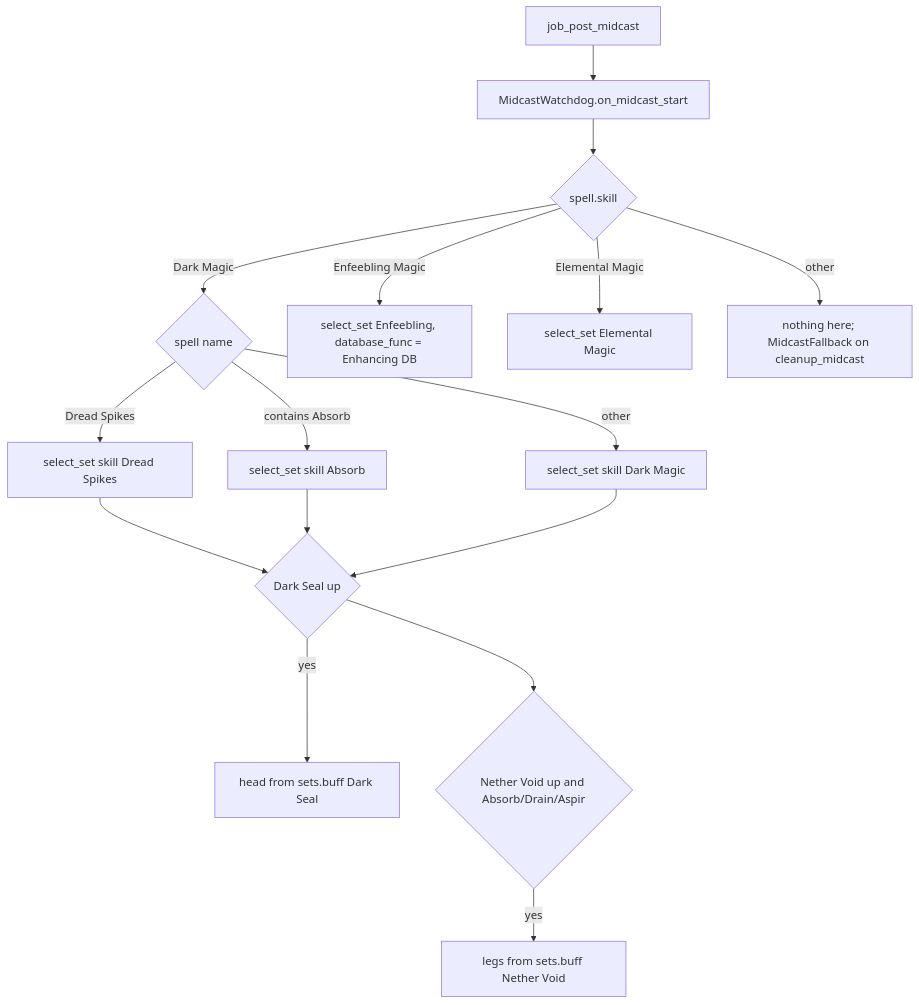
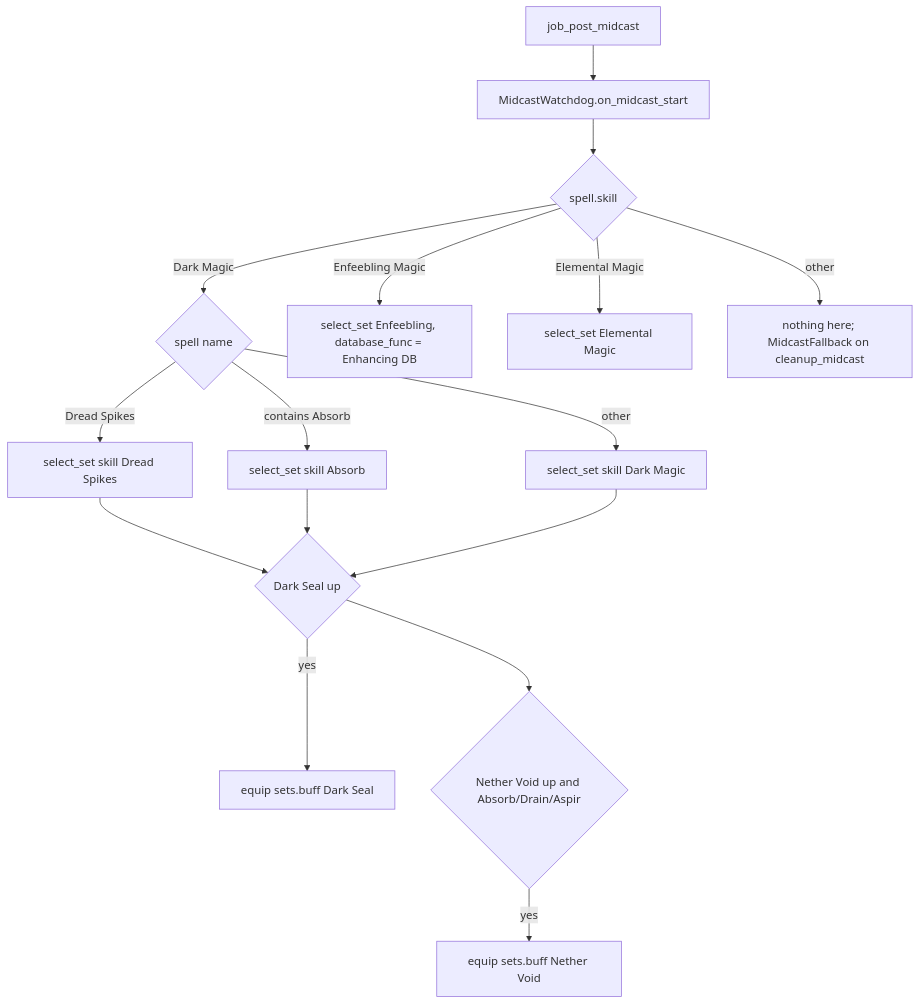
Before and after one commit to ejouanchicot/Gearswap: the third of 3 diagrams in docs/dev/jobs/drk.md, drawn with Mermaid. The commit also changed other lines of this file and 5 other files, not shown here.

First line of the commit message:
fix(drk): Dark Seal and Nether Void sets go on whole

````diff
--- a/docs/dev/jobs/drk.md
+++ b/docs/dev/jobs/drk.md
@@ -139,18 +139,18 @@
 ```mermaid
 flowchart TD
     A[job_post_midcast] --> W[MidcastWatchdog.on_midcast_start]
     W --> B{spell.skill}
     B -- Dark Magic --> C{spell name}
     C -- Dread Spikes --> D[select_set skill Dread Spikes]
     C -- "contains Absorb" --> E[select_set skill Absorb]
     C -- other --> F[select_set skill Dark Magic]
     D --> G{Dark Seal up}
     E --> G
     F --> G
-    G -- yes --> H[head from sets.buff Dark Seal]
+    G -- yes --> H[equip sets.buff Dark Seal]
     G --> I{Nether Void up and Absorb/Drain/Aspir}
-    I -- yes --> J[legs from sets.buff Nether Void]
+    I -- yes --> J[equip sets.buff Nether Void]
     B -- Enfeebling Magic --> K[select_set Enfeebling, database_func = Enhancing DB]
     B -- Elemental Magic --> L[select_set Elemental Magic]
     B -- other --> N[nothing here; MidcastFallback on cleanup_midcast]
 ```
````
